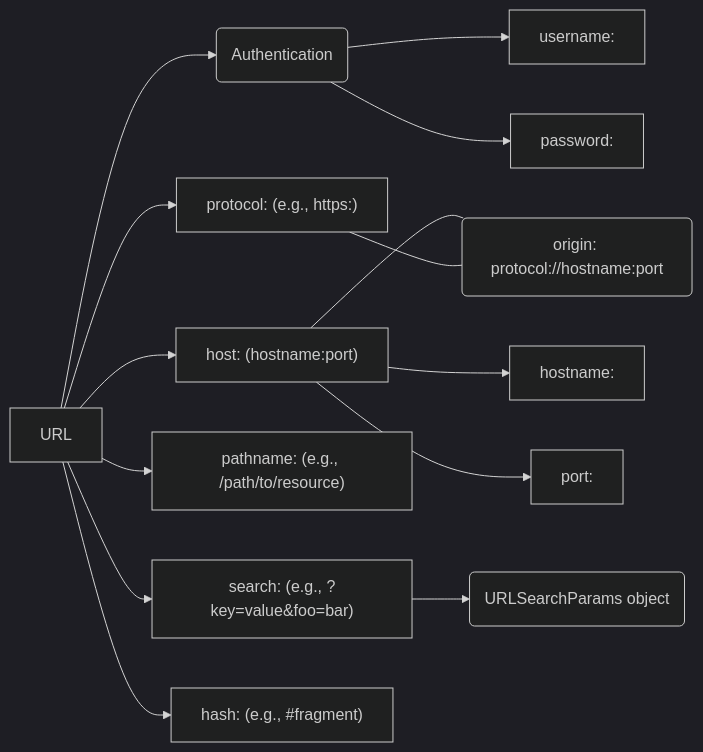
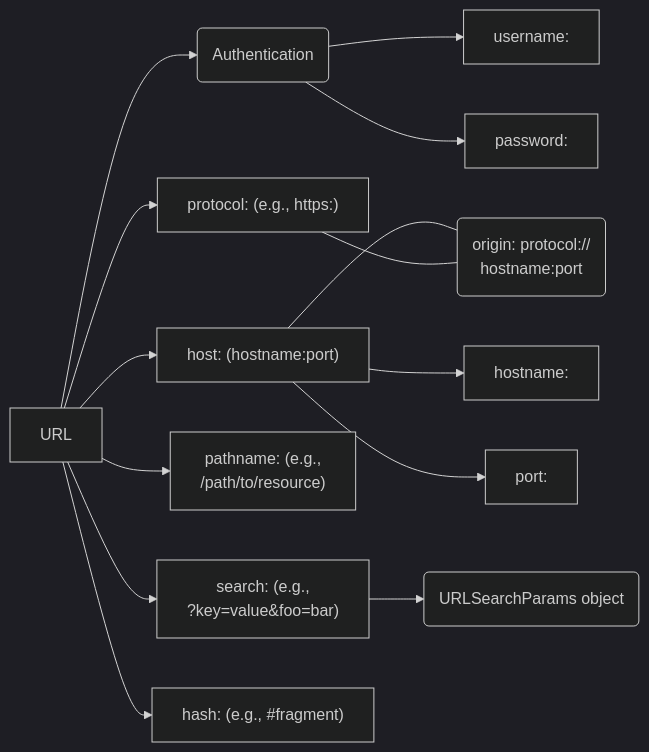
Before and after one commit to teatang/t-blog: the diagram in source/_posts/2024/2024-04-01_Node.js Path, URL, 和 Query String 模块详解.md, drawn with Mermaid (dark theme). The commit also changed 1 other file, not shown here.

Commit message:
update blog

```diff
--- a/source/_posts/2024/2024-04-01_Node.js Path, URL, 和 Query String 模块详解.md
+++ b/source/_posts/2024/2024-04-01_Node.js Path, URL, 和 Query String 模块详解.md
@@ -335,17 +335,17 @@
 {% mermaid %}
 graph LR
     URL --> Protocol["protocol: (e.g., https:)"]
     URL --> Authentication(Authentication)
     Authentication --> Username["username:"]
     Authentication --> Password["password:"]
     URL --> Host["host: (hostname:port)"]
     Host --> Hostname["hostname:"]
     Host --> Port["port:"]
-    URL --> Pathname["pathname: (e.g., /path/to/resource)"]
-    URL --> Search["search: (e.g., ?key=value&foo=bar)"]
+    URL --> Pathname["pathname: (e.g., <br>/path/to/resource)"]
+    URL --> Search["search: (e.g., <br>?key=value&foo=bar)"]
     Search --> URLSearchParams("URLSearchParams object")
     URL --> Hash["hash: (e.g., #fragment)"]
 
-    Protocol --- Origin(origin: protocol://hostname:port)
+    Protocol --- Origin(origin: protocol://<br>hostname:port)
     Host --- Origin
 {% endmermaid %}
```
